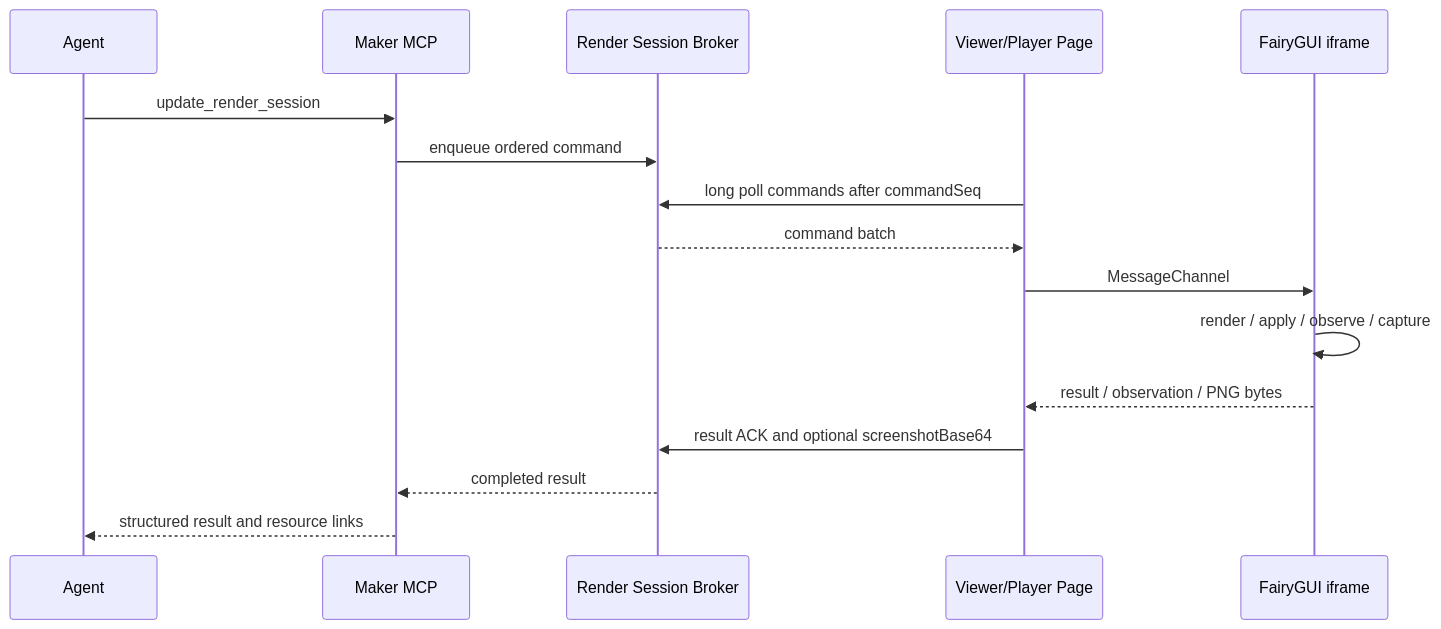
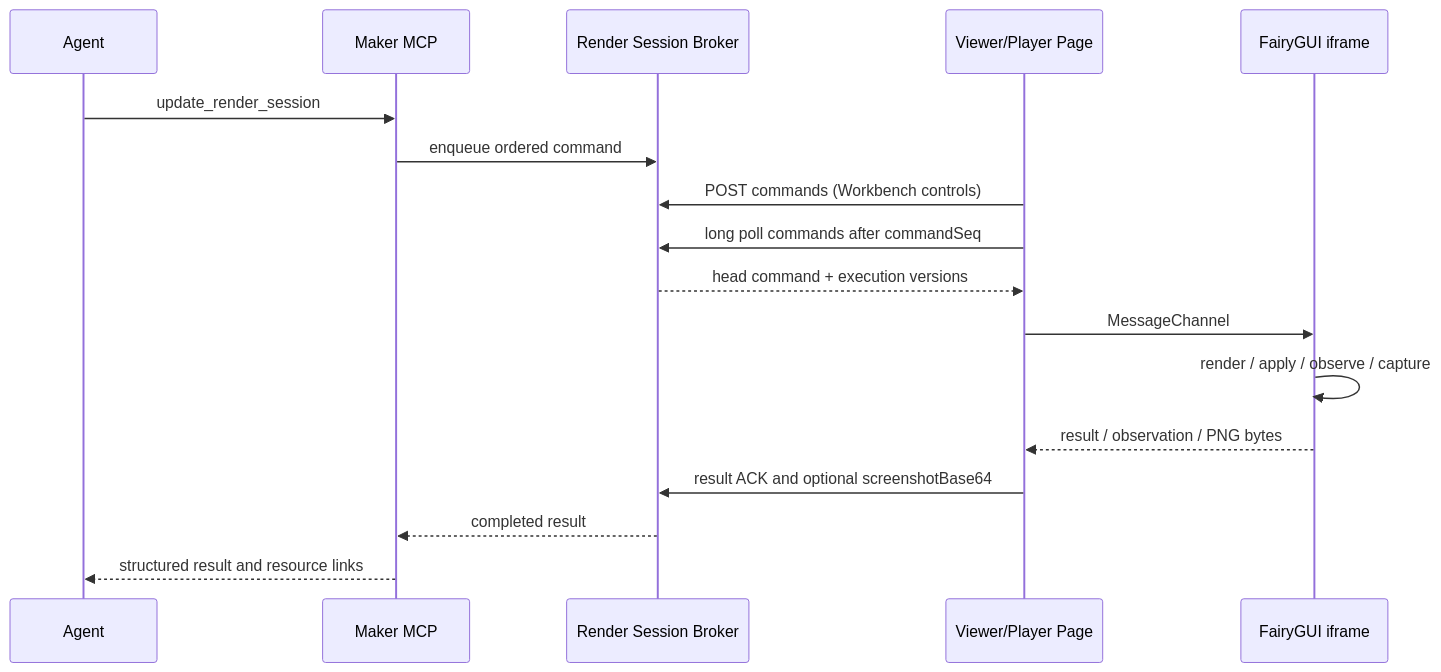
The second of 2 diagrams in docs/workbench.md (OpenFairyGUI/FairyGUI-Maker), drawn with Mermaid before and after one commit. The commit also changed other lines of this file and 22 other files, not shown here.

````diff
--- a/docs/workbench.md
+++ b/docs/workbench.md
@@ -280,19 +302,20 @@
 ```mermaid
 sequenceDiagram
     participant Agent
     participant MCP as Maker MCP
     participant Host as Render Session Broker
     participant Page as Viewer/Player Page
     participant Runtime as FairyGUI iframe
 
     Agent->>MCP: update_render_session
     MCP->>Host: enqueue ordered command
+    Page->>Host: POST commands (Workbench controls)
     Page->>Host: long poll commands after commandSeq
-    Host-->>Page: command batch
+    Host-->>Page: head command + execution versions
     Page->>Runtime: MessageChannel
     Runtime->>Runtime: render / apply / observe / capture
     Runtime-->>Page: result / observation / PNG bytes
     Page->>Host: result ACK and optional screenshotBase64
     Host-->>MCP: completed result
     MCP-->>Agent: structured result and resource links
 ```
````
